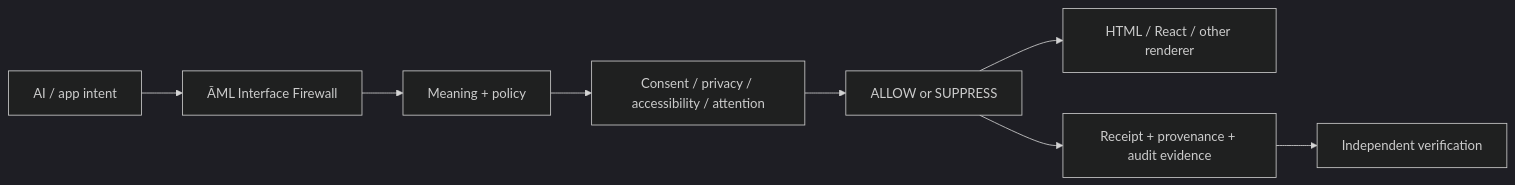
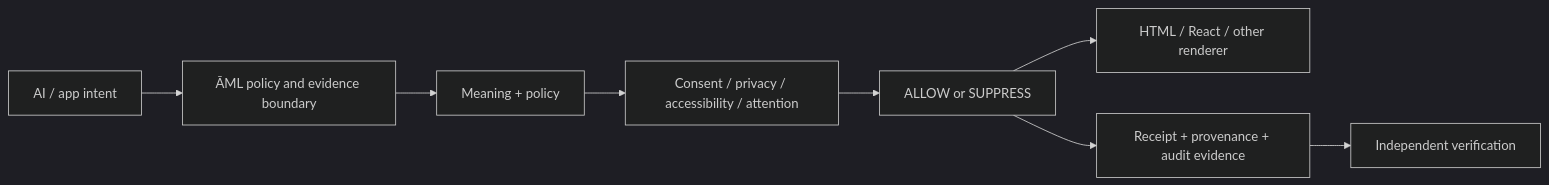
The diagram in README.md (aruintelligence/aml-core), drawn with Mermaid (dark theme) before and after one commit. The commit also changed other lines of this file and 88 other files, not shown here.

````diff
--- a/README.md
+++ b/README.md
@@ -245,10 +54,10 @@
 ```mermaid
 flowchart LR
-    A[AI / app intent] --> B[ĀML Interface Firewall]
+    A[AI / app intent] --> B[ĀML policy and evidence boundary]
     B --> C[Meaning + policy]
     C --> D[Consent / privacy / accessibility / attention]
     D --> E[ALLOW or SUPPRESS]
     E --> F[HTML / React / other renderer]
     E --> G[Receipt + provenance + audit evidence]
     G --> H[Independent verification]
 ```
````
